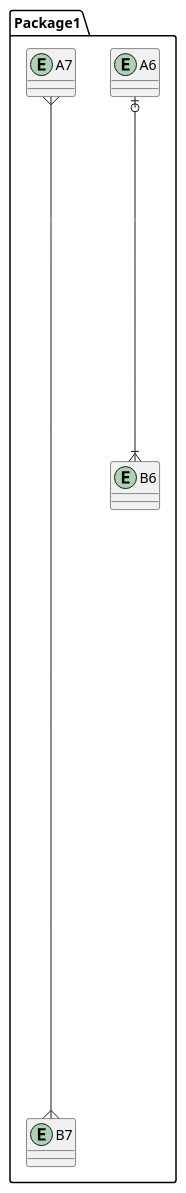
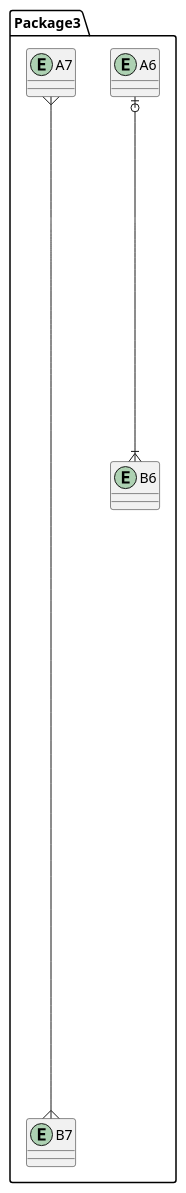
The diagram in src/main/resources/sample3.puml (p-indriunas/antlr4-puml), drawn with PlantUML before and after one commit. The commit also changed 9 other files, not shown here.

```diff
--- a/src/main/resources/sample3.puml
+++ b/src/main/resources/sample3.puml
@@ -1,14 +1,14 @@
 @startuml Pack
 
-package Package1
+package Package3
 {
     entity A6
     entity B6
     A6 |o-------|{ B6
 
     entity A7
     entity B7
     A7 }-------down----------{ B7
 }
 
 @enduml
```
